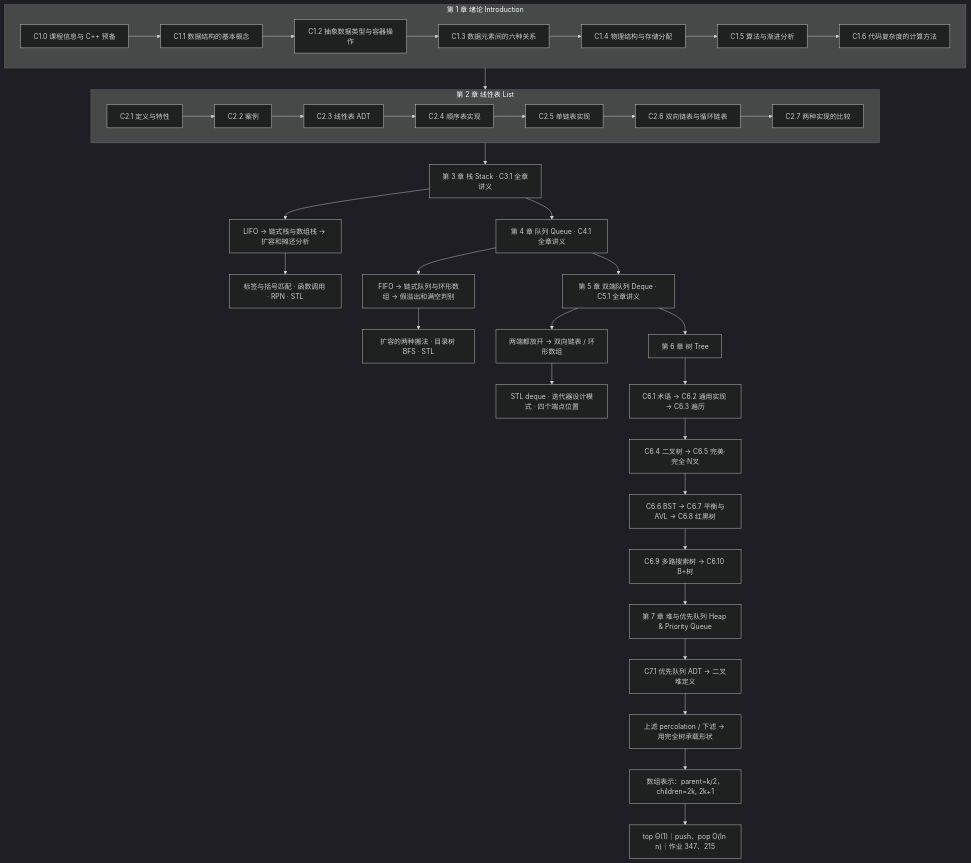
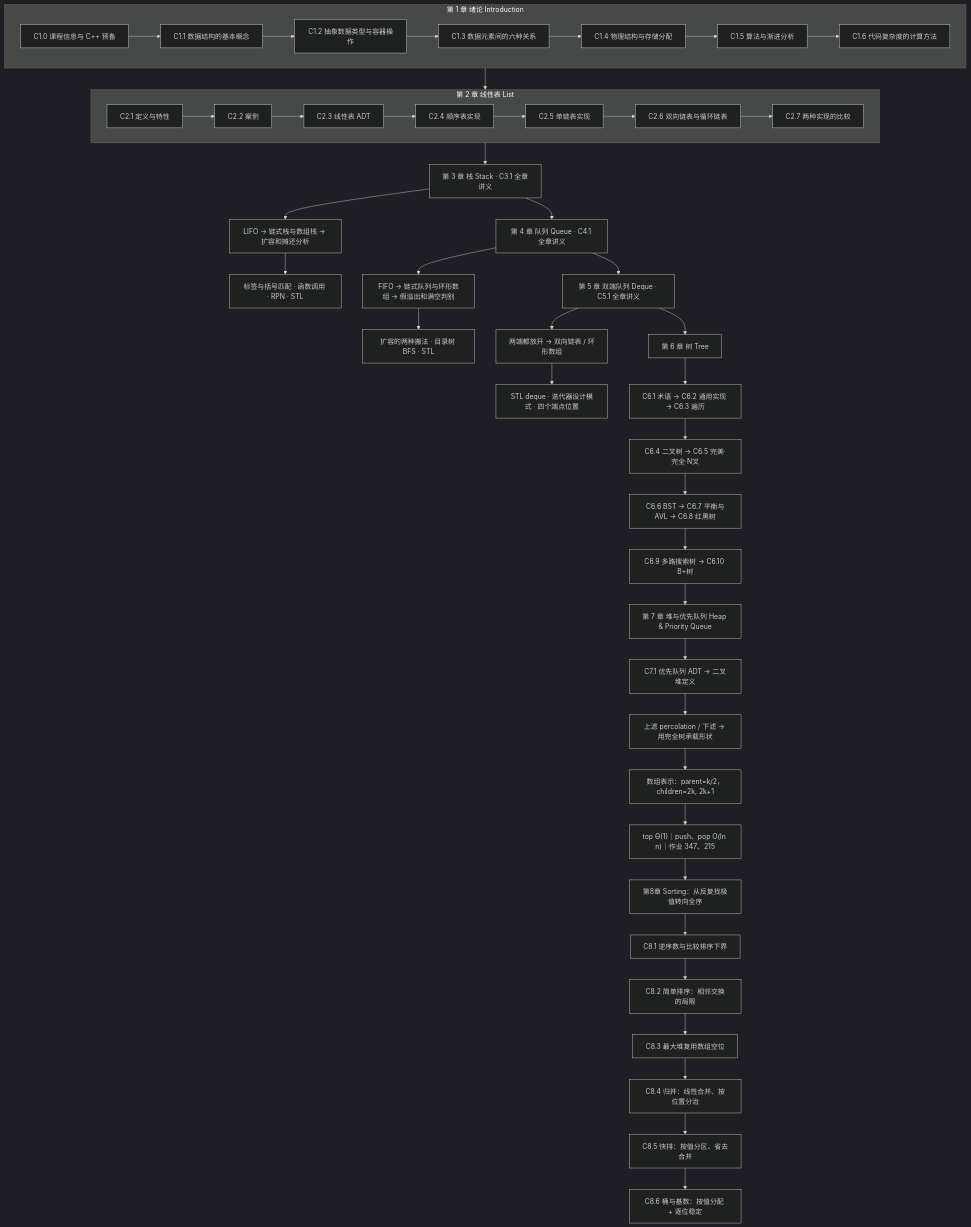
The diagram in 数据结构/数据结构 MOC.md (KayeAdams515/ClaudeNotes), drawn with Mermaid (dark theme) before and after one commit. The commit also changed other lines of this file and 777 other files, not shown here.

````diff
--- a/数据结构/数据结构 MOC.md
+++ b/数据结构/数据结构 MOC.md
@@ -31,43 +31,50 @@
 ```mermaid
 flowchart TB
   subgraph CH1["第 1 章 绪论 Introduction"]
     A0["C1.0 课程信息与 C++ 预备"]
     A1["C1.1 数据结构的基本概念"]
     A2["C1.2 抽象数据类型与容器操作"]
     A3["C1.3 数据元素间的六种关系"]
     A4["C1.4 物理结构与存储分配"]
     A5["C1.5 算法与渐进分析"]
     A6["C1.6 代码复杂度的计算方法"]
     A0-->A1-->A2-->A3-->A4-->A5-->A6
   end
   subgraph CH2["第 2 章 线性表 List"]
     B1["C2.1 定义与特性"]
     B2["C2.2 案例"]
     B3["C2.3 线性表 ADT"]
     B4["C2.4 顺序表实现"]
     B5["C2.5 单链表实现"]
     B6["C2.6 双向链表与循环链表"]
     B7["C2.7 两种实现的比较"]
     B1-->B2-->B3-->B4-->B5-->B6-->B7
   end
   CH1 --> CH2
   CH2 --> CH3["第 3 章 栈 Stack · C3.1 全章讲义"]
   CH3 --> S1["LIFO → 链式栈与数组栈 → 扩容和摊还分析"]
   S1 --> S2["标签与括号匹配 · 函数调用 · RPN · STL"]
   CH3 --> CH4["第 4 章 队列 Queue · C4.1 全章讲义"]
   CH4 --> Q1["FIFO → 链式队列与环形数组 → 假溢出和满空判别"]
   Q1 --> Q2["扩容的两种搬法 · 目录树 BFS · STL"]
   CH4 --> CH5["第 5 章 双端队列 Deque · C5.1 全章讲义"]
   CH5 --> D1["两端都放开 → 双向链表 / 环形数组"]
   D1 --> D2["STL deque · 迭代器设计模式 · 四个端点位置"]
   CH5 --> CH6["第 6 章 树 Tree"]
   CH6 --> T1["C6.1 术语 → C6.2 通用实现 → C6.3 遍历"]
   T1 --> T2["C6.4 二叉树 → C6.5 完美·完全·N叉"]
   T2 --> T3["C6.6 BST → C6.7 平衡与AVL → C6.8 红黑树"]
   T3 --> T4["C6.9 多路搜索树 → C6.10 B+树"]
   T4 --> CH7["第 7 章 堆与优先队列 Heap & Priority Queue"]
   CH7 --> H1["C7.1 优先队列 ADT → 二叉堆定义"]
   H1 --> H2["上滤 percolation / 下滤 → 用完全树承载形状"]
   H2 --> H3["数组表示：parent=k/2，children=2k, 2k+1"]
   H3 --> H4["top Θ(1)｜push、pop O(ln n)｜作业 347、215"]
+  H4 --> CH8["第8章 Sorting：从反复找极值转向全序"]
+  CH8 --> R1["C8.1 逆序数与比较排序下界"]
+  R1 --> R2["C8.2 简单排序：相邻交换的局限"]
+  R2 --> R3["C8.3 最大堆复用数组空位"]
+  R3 --> R4["C8.4 归并：线性合并、按位置分治"]
+  R4 --> R5["C8.5 快排：按值分区、省去合并"]
+  R5 --> R6["C8.6 桶与基数：按值分配 + 逐位稳定"]
 ```
````
